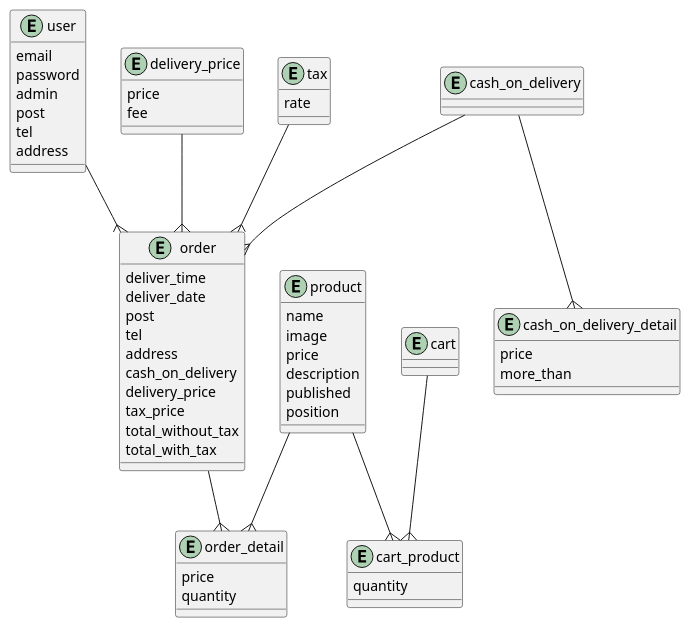
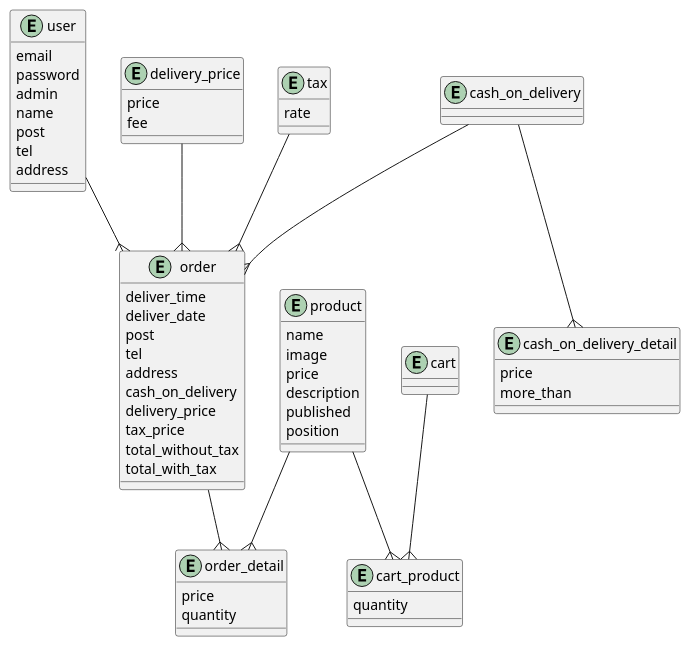
Before and after one commit to kenchiki/rails-example-ec2: the diagram in er.puml, drawn with PlantUML.

Commit message:
[add]DB設計のユーザーに名前を追加

```diff
--- a/er.puml
+++ b/er.puml
@@ -1,73 +1,74 @@
 @startuml
 
 entity "user" {
   email
   password
   admin
+  name
   post
   tel
   address
 }
 
 entity "cash_on_delivery_detail" {
   price
   more_than
 }
 
 entity "cash_on_delivery" {
 }
 
 entity "delivery_price" {
   price
   fee
 }
 
 entity "tax" {
   rate
 }
 
 entity "cart" {
 }
 
 entity "cart_product" {
   quantity
 }
 
 entity "order" {
   deliver_time
   deliver_date
   post
   tel
   address
   cash_on_delivery
   delivery_price
   tax_price
   total_without_tax
   total_with_tax
 }
 
 entity "order_detail" {
   price
   quantity
 }
 
 entity "product" {
   name
   image
   price
   description
   published
   position
 }
 
 cash_on_delivery--{cash_on_delivery_detail
 tax--{order
 cart--{cart_product
 delivery_price--{order
 product--{cart_product
 cash_on_delivery--{order
 user--{order
 order--{order_detail
 product--{order_detail
 
 @enduml
```
